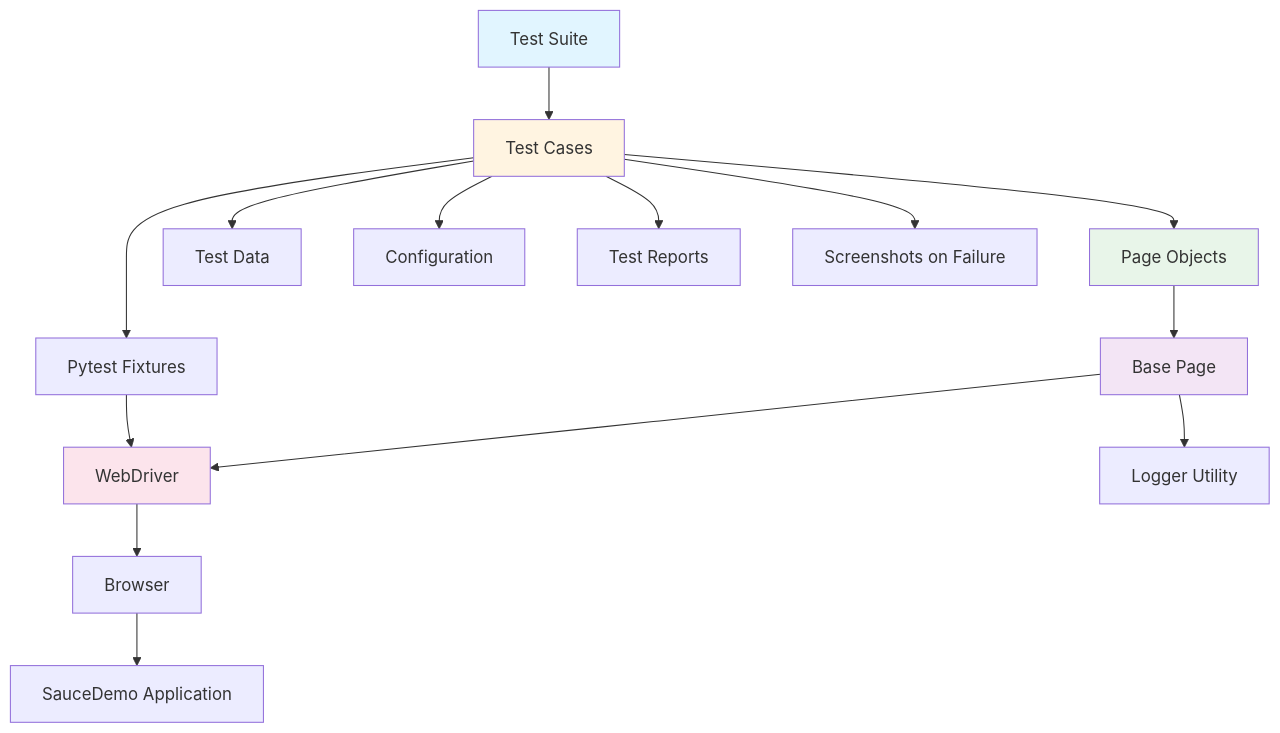
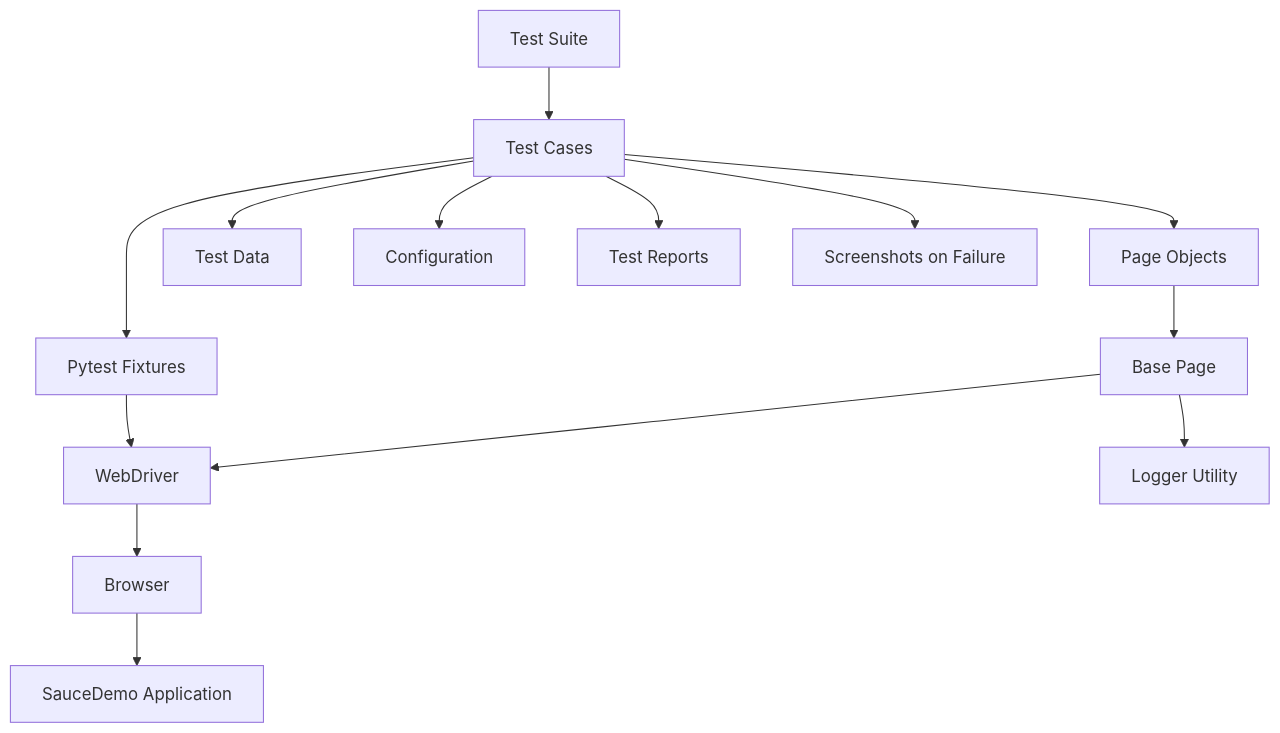
The first of 3 diagrams in README.md (YasiruAlahakoon/E2E-Web-UI-Automation---Demo-App), drawn with Mermaid before and after one commit. The commit also changed other lines of this file and 10 other files, not shown here.

````diff
--- a/README.md
+++ b/README.md
@@ -41,22 +41,18 @@
 ```mermaid
 graph TB
     A[Test Suite] --> B[Test Cases]
     B --> C[Page Objects]
     C --> D[Base Page]
     D --> E[WebDriver]
     B --> F[Test Data]
     B --> G[Configuration]
     D --> H[Logger Utility]
     B --> I[Pytest Fixtures]
     I --> E
     E --> J[Browser]
     J --> K[SauceDemo Application]
     B --> L[Test Reports]
     B --> M[Screenshots on Failure]
     
-    style A fill:#e1f5ff
-    style B fill:#fff4e1
-    style C fill:#e8f5e9
-    style D fill:#f3e5f5
-    style E fill:#fce4ec
+
 ```
````
